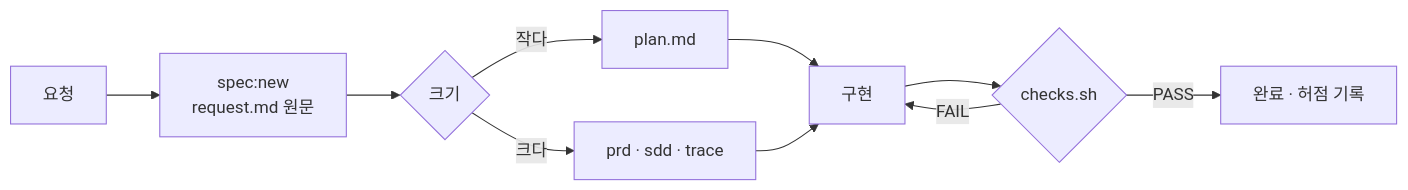
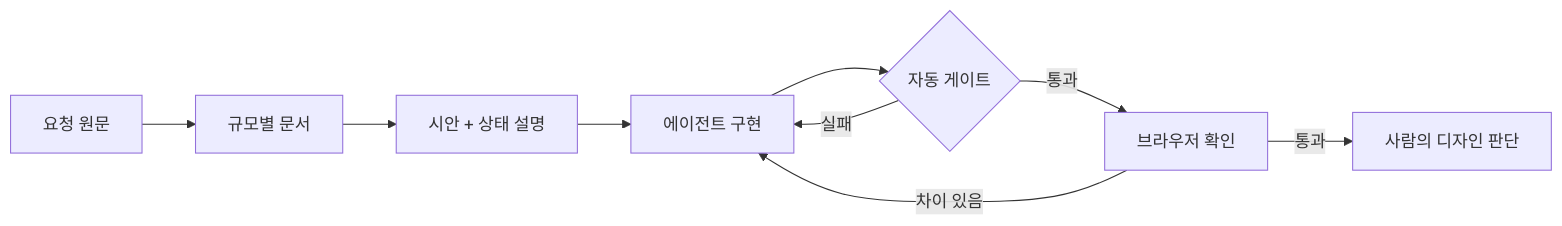
The diagram in README.md (kyungchan3007/Frontend-agent), drawn with Mermaid before and after one commit. The commit also changed other lines of this file and 9 other files, not shown here.

````diff
--- a/README.md
+++ b/README.md
@@ -133,12 +71,11 @@
 ```mermaid
 flowchart LR
-    A[요청] --> B[spec:new<br/>request.md 원문]
-    B --> Q{크기}
-    Q -- 작다 --> C[plan.md]
-    Q -- 크다 --> D[prd · sdd · trace]
-    C --> E[구현]
-    D --> E
-    E --> F{checks.sh}
-    F -- FAIL --> E
-    F -- PASS --> G[완료 · 허점 기록]
+    A[요청 원문] --> B[규모별 문서]
+    B --> C[시안 + 상태 설명]
+    C --> D[에이전트 구현]
+    D --> E{자동 게이트}
+    E -- 실패 --> D
+    E -- 통과 --> F[브라우저 확인]
+    F -- 차이 있음 --> D
+    F -- 통과 --> G[사람의 디자인 판단]
 ```
````
